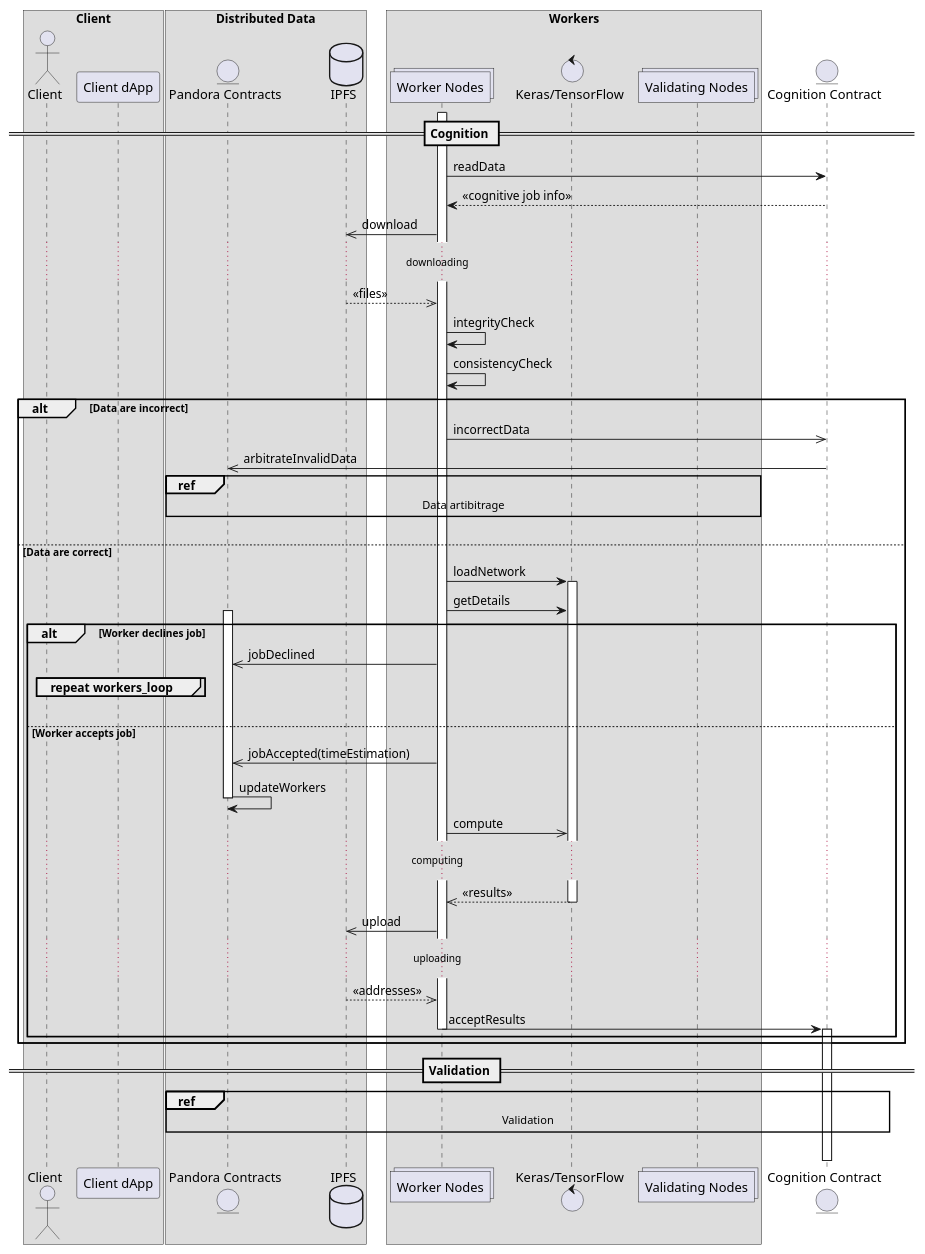
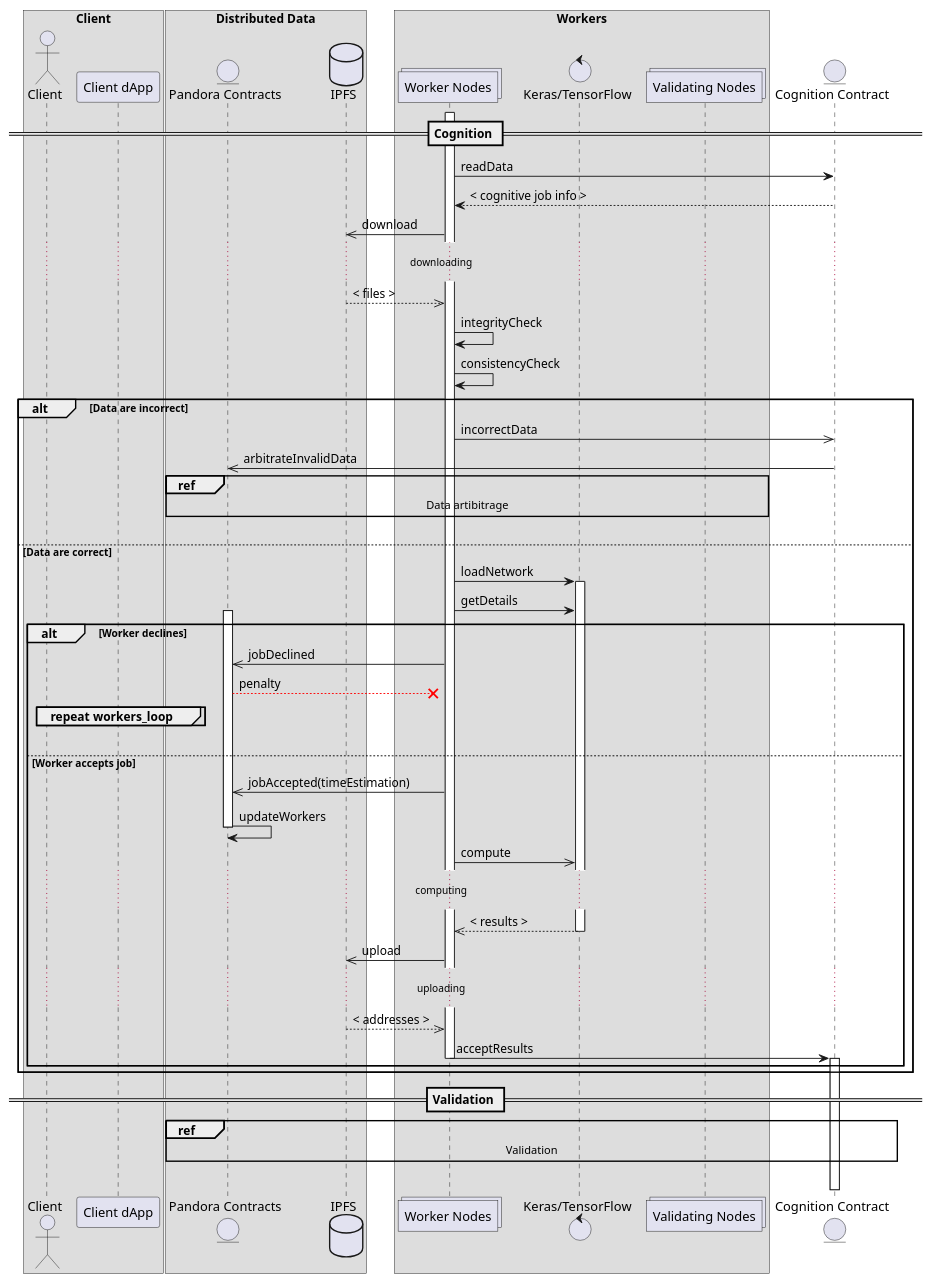
The diagram in sequence_cognition_15.plantuml (pandoraboxchain/pocw-techspecs), drawn with PlantUML before and after one commit.

```diff
--- a/sequence_cognition_15.plantuml
+++ b/sequence_cognition_15.plantuml
@@ -1,66 +1,67 @@
 @startuml
 box "Client"
   actor "Client" as client
   participant "Client dApp" as dapp
 end box
 
 box "Distributed Data"
   entity "Pandora Contracts" as pandora
   database "IPFS" as ipfs
 end box
 
 box "Workers"
   collections "Worker Nodes" as workers
   control "Keras/TensorFlow" as nn
   collections "Validating Nodes" as validators
 end box
 
 entity "Cognition Contract" as cognition
 
 == Cognition ==
 
 activate workers
 workers -> cognition: readData
-cognition --> workers: << cognitive job info >>
+cognition --> workers: < cognitive job info >
 workers ->> ipfs: download
 ... downloading ...
-ipfs -->> workers: << files >>
+ipfs -->> workers: < files >
 workers -> workers: integrityCheck
 workers -> workers: consistencyCheck
 alt Data are incorrect
   workers ->> cognition: incorrectData
   cognition ->> pandora: arbitrateInvalidData
   ref over pandora, workers, validators: Data artibitrage
   |||
 else Data are correct
   workers -> nn: loadNetwork
   activate nn
   workers -> nn: getDetails
   activate pandora
-  alt Worker declines job
+  alt Worker declines
     workers ->> pandora: jobDeclined
+    pandora -[#red]->x workers: penalty
     group repeat workers_loop
     end
     |||
   else Worker accepts job
     workers ->> pandora: jobAccepted(timeEstimation)
     pandora -> pandora: updateWorkers
     deactivate pandora
     workers ->> nn: compute
   ... computing ...
-    nn -->> workers: << results >>
+    nn -->> workers: < results >
     deactivate nn
     workers ->> ipfs: upload
   ... uploading ...
-    ipfs -->> workers: << addresses >>
+    ipfs -->> workers: < addresses >
     workers -> cognition: acceptResults
     deactivate workers
     activate cognition
   end
 end
 
 == Validation ==
 
 ref over pandora, cognition: Validation
 |||
 @enduml
```
